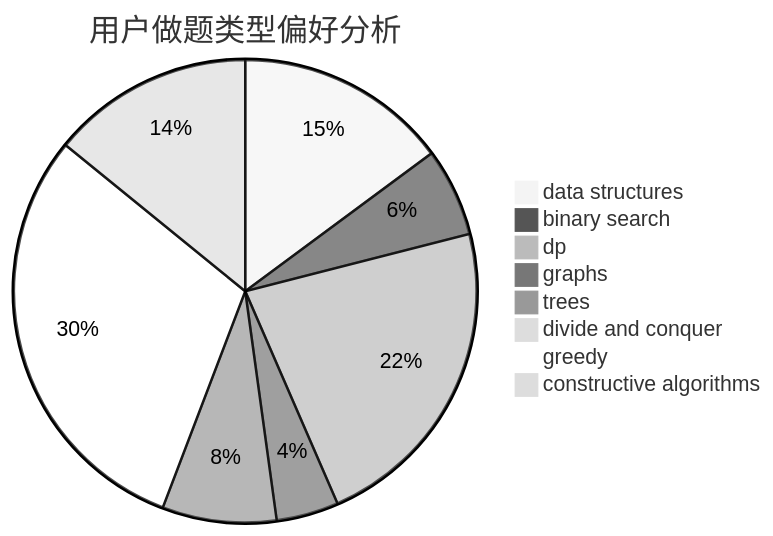
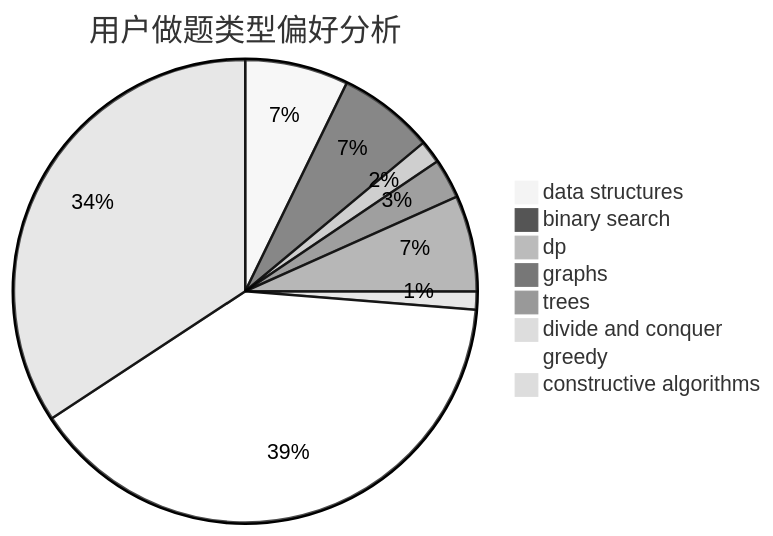
The second of 3 diagrams in docs/user/u2284.md (sherpahu/cfrs.github.io), drawn with Mermaid (neutral theme) before and after one commit. The commit also changed other lines of this file and 2770 other files, not shown here.

````diff
--- a/docs/user/u2284.md
+++ b/docs/user/u2284.md
@@ -23,11 +23,11 @@
 ```mermaid
 pie title 用户做题类型偏好分析
-    "data structures" :  41
-    "binary search" :  17
-    "dp" :  62
-    "graphs" :  12
-    "trees" :  22
-    "divide and conquer" :  0
-    "greedy" :  83
-    "constructive algorithms" :  39
+    "data structures" :  86
+    "binary search" :  80
+    "dp" :  19
+    "graphs" :  33
+    "trees" :  80
+    "divide and conquer" :  15
+    "greedy" :  470
+    "constructive algorithms" :  408
 ```
````
